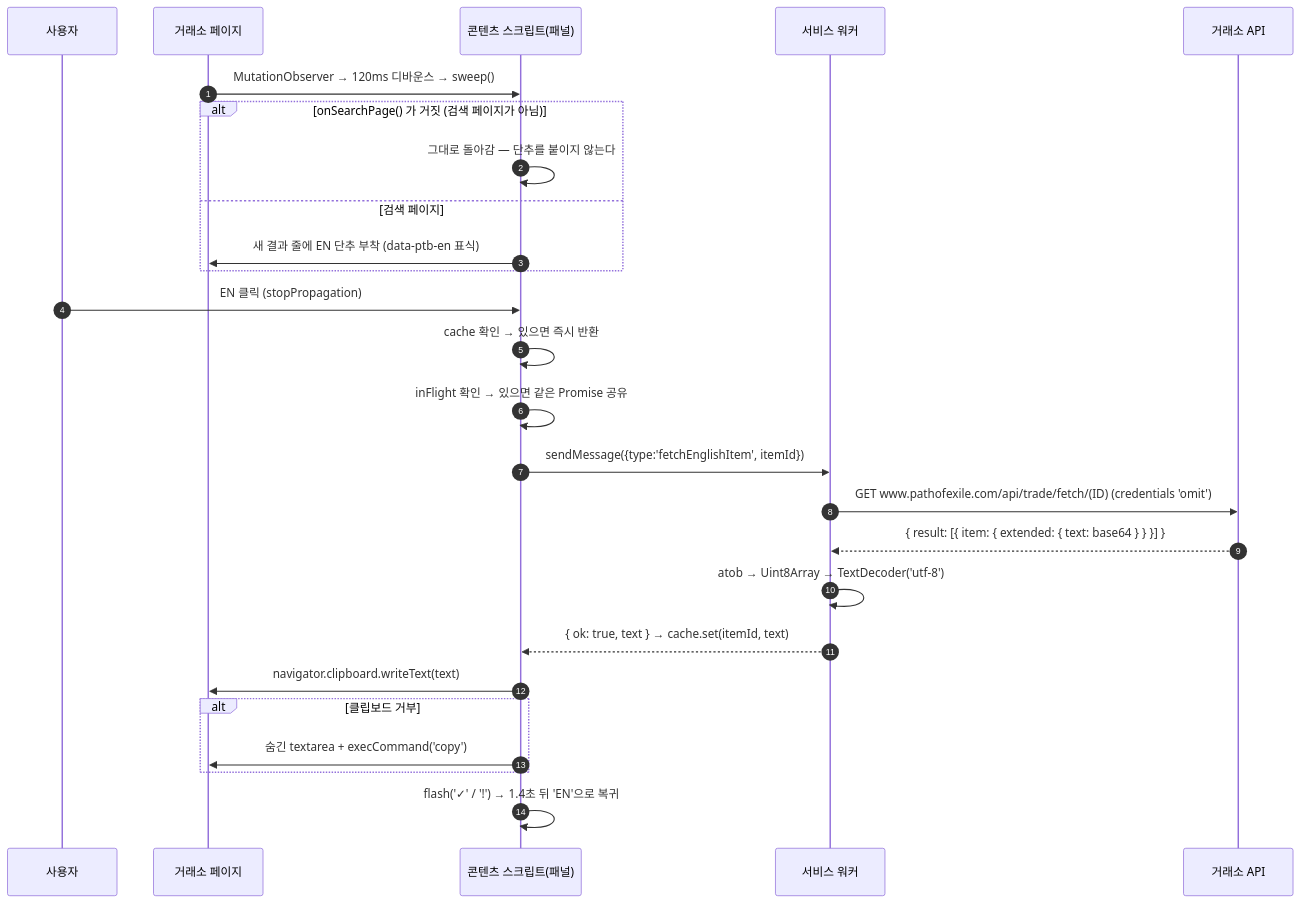
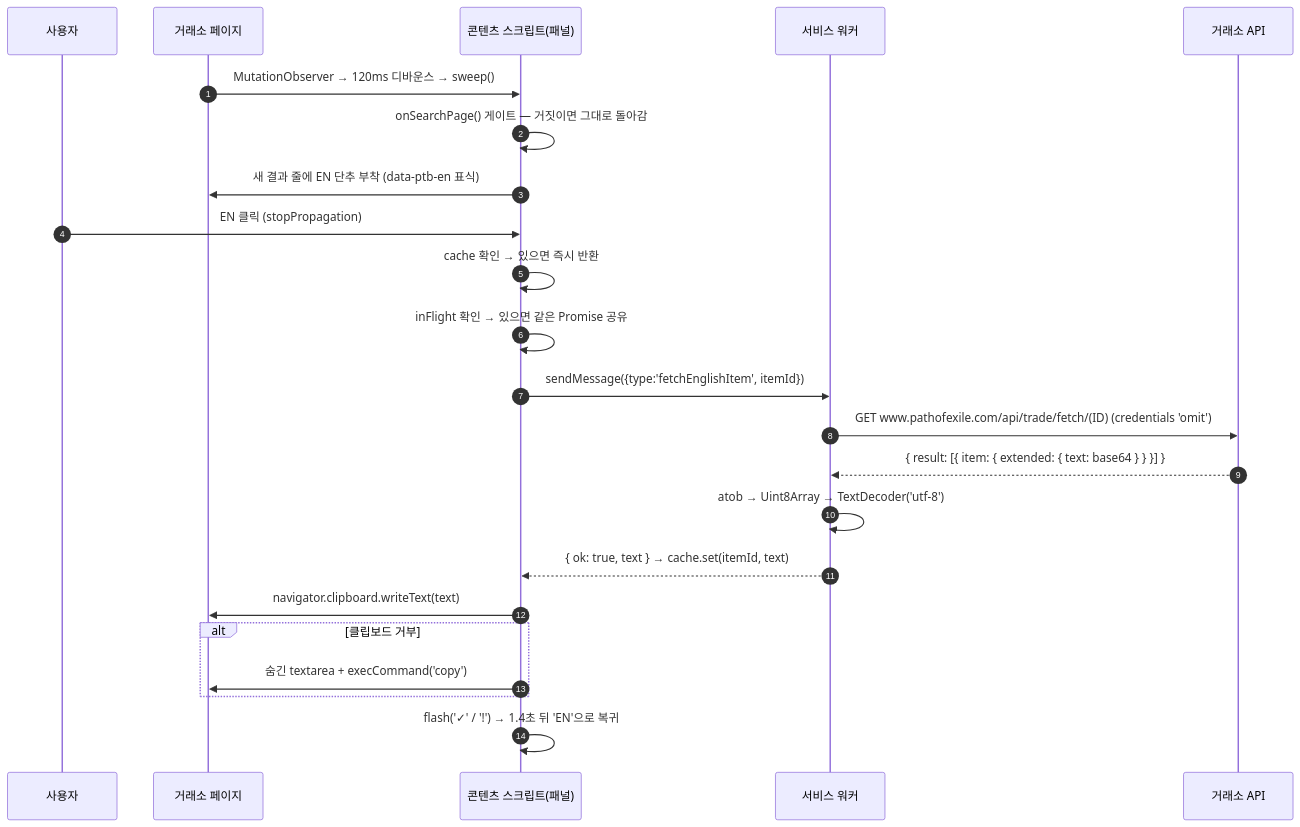
Before and after one commit to kost0806/poe-trade-bookmark: the fourth of 4 diagrams in docs/DESIGN.md, drawn with Mermaid. The commit also changed other lines of this file and 2 other files, not shown here.

````diff
--- a/docs/DESIGN.md
+++ b/docs/DESIGN.md
@@ -459,29 +383,26 @@
 ```mermaid
 sequenceDiagram
     autonumber
     participant U as 사용자
     participant P as 거래소 페이지
     participant C as 콘텐츠 스크립트(패널)
     participant W as 서비스 워커
     participant A as 거래소 API
 
     P->>C: MutationObserver → 120ms 디바운스 → sweep()
-    alt onSearchPage() 가 거짓 (검색 페이지가 아님)
-        C->>C: 그대로 돌아감 — 단추를 붙이지 않는다
-    else 검색 페이지
-        C->>P: 새 결과 줄에 EN 단추 부착 (data-ptb-en 표식)
-    end
+    C->>C: onSearchPage() 게이트 — 거짓이면 그대로 돌아감
+    C->>P: 새 결과 줄에 EN 단추 부착 (data-ptb-en 표식)
     U->>C: EN 클릭 (stopPropagation)
     C->>C: cache 확인 → 있으면 즉시 반환
     C->>C: inFlight 확인 → 있으면 같은 Promise 공유
     C->>W: sendMessage({type:'fetchEnglishItem', itemId})
     W->>A: GET www.pathofexile.com/api/trade/fetch/(ID) (credentials 'omit')
     A-->>W: { result: [{ item: { extended: { text: base64 } } }] }
     W->>W: atob → Uint8Array → TextDecoder('utf-8')
     W-->>C: { ok: true, text } → cache.set(itemId, text)
     C->>P: navigator.clipboard.writeText(text)
     alt 클립보드 거부
         C->>P: 숨긴 textarea + execCommand('copy')
     end
     C->>C: flash('✓' / '!') → 1.4초 뒤 'EN'으로 복귀
 ```
````
